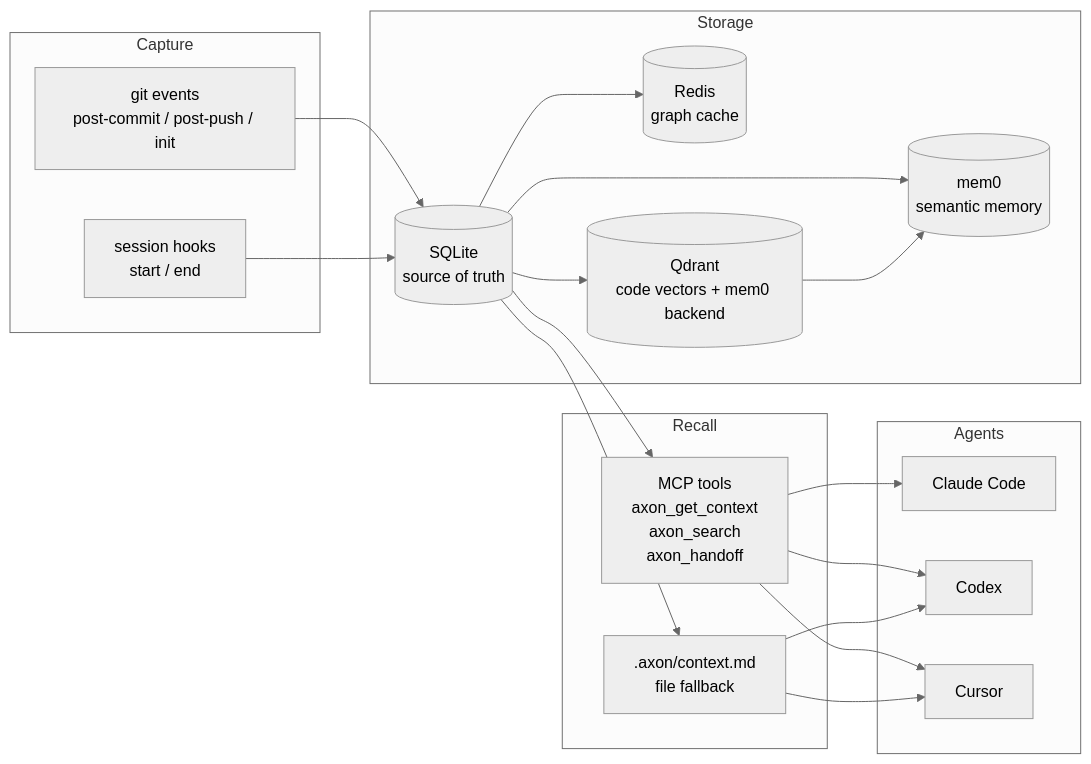
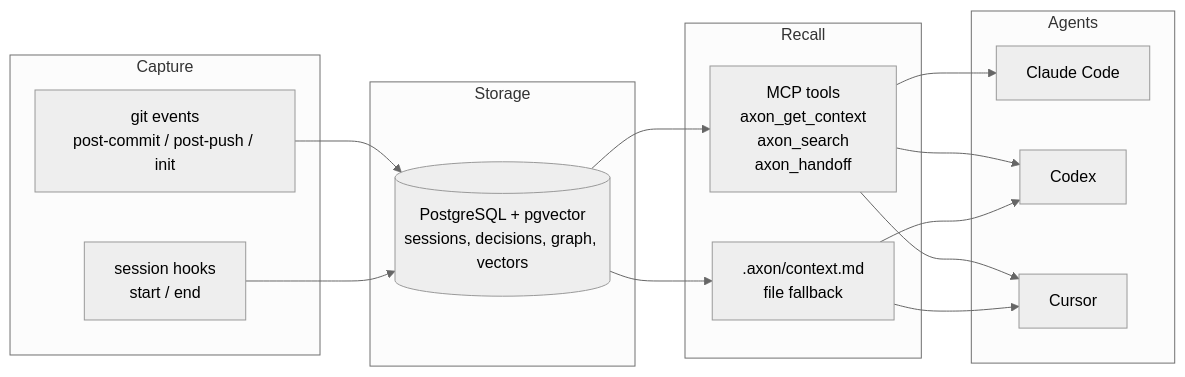
Before and after one commit to sammyjdev/axon: the diagram in README.md, drawn with Mermaid (neutral theme). The commit also changed other lines of this file and 2 other files, not shown here.

Commit message:
docs: resync architecture docs and launch posts with dec-121 (Postgres)
README, PROJECT_OVERVIEW.md, METRICS.md, and all 5 launch posts still
described the pre-dec-121 stack (SQLite + Redis + Qdrant + mem0), even though
dec-121 fully retired it in favor of a single PostgreSQL + pgvector instance
back on 2026-06-29 — confirmed by the passing test_no_{sqlite,qdrant,redis}.py
guards and by pyproject.toml no longer listing those dependencies.

Also refreshed METRICS.md's stale test-suite count (868/51 fail -> 1355/0
fail) and decision-record count (17 -> 24), and marked PROJECT_OVERVIEW.md's
Branch state section explicitly stale rather than presenting a 2026-06-26
curation of branches that no longer exist as current.

````diff
--- a/README.md
+++ b/README.md
@@ -127,39 +127,32 @@
 ```mermaid
 flowchart LR
     subgraph Capture
         GE[git events\npost-commit / post-push / init]
         SH[session hooks\nstart / end]
     end
 
     subgraph Storage
-        SQ[(SQLite\nsource of truth)]
-        RD[(Redis\ngraph cache)]
-        QD[(Qdrant\ncode vectors + mem0 backend)]
-        M0[(mem0\nsemantic memory)]
+        PG[(PostgreSQL + pgvector\nsessions, decisions, graph, vectors)]
     end
 
     subgraph Recall
         MCP[MCP tools\naxon_get_context\naxon_search\naxon_handoff]
         CF[.axon/context.md\nfile fallback]
     end
 
     subgraph Agents
         CC[Claude Code]
         CX[Codex]
         CU[Cursor]
     end
 
-    GE --> SQ
-    SH --> SQ
-    SQ --> RD
-    SQ --> QD
-    SQ --> M0
-    QD --> M0
-    SQ --> MCP
-    SQ --> CF
+    GE --> PG
+    SH --> PG
+    PG --> MCP
+    PG --> CF
     MCP --> CC
     MCP --> CX
     MCP --> CU
     CF  --> CX
     CF  --> CU
 ```
````
